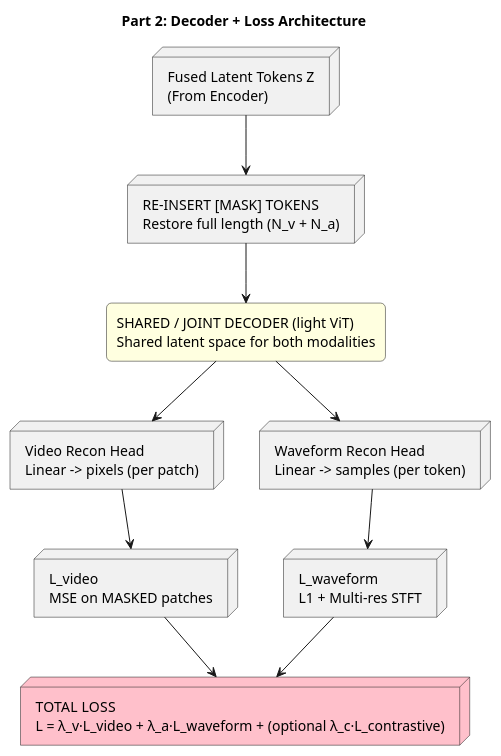
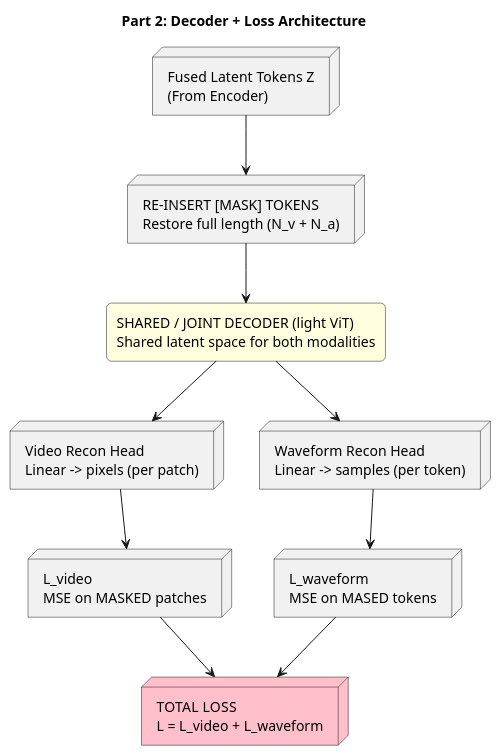
Before and after one commit to LeqiaoP1/MA-project-KISMED: the second of 2 diagrams in code/notes/design/SolutionC_EarlyTokenMixing_stage2.md, drawn with PlantUML. The commit also changed other lines of this file, not shown here.

Commit message:
Update loss function descriptions and mask percentages in stage-2 architecture

````diff
--- a/code/notes/design/SolutionC_EarlyTokenMixing_stage2.md
+++ b/code/notes/design/SolutionC_EarlyTokenMixing_stage2.md
@@ -50,34 +50,34 @@
 ```plantuml
 @startuml
 skinparam RoundCorner 10
 skinparam ComponentStyle rectangle
 
 title Part 2: Decoder + Loss Architecture
 
 node "Fused Latent Tokens Z\n(From Encoder)" as LATENT
 node "RE-INSERT [MASK] TOKENS\nRestore full length (N_v + N_a)" as REINSERT
 
 LATENT --> REINSERT
 
 rectangle "SHARED / JOINT DECODER (light ViT)\nShared latent space for both modalities" as DECODER #LightYellow
 REINSERT --> DECODER
 
 node "Video Recon Head\nLinear -> pixels (per patch)" as V_HEAD
 node "Waveform Recon Head\nLinear -> samples (per token)" as A_HEAD
 
 DECODER --> V_HEAD
 DECODER --> A_HEAD
 
 node "L_video\nMSE on MASKED patches" as V_LOSS
-node "L_waveform\nL1 + Multi-res STFT" as A_LOSS
+node "L_waveform\nMSE on MASED tokens" as A_LOSS
 
 V_HEAD --> V_LOSS
 A_HEAD --> A_LOSS
 
-node "TOTAL LOSS\nL = λ_v·L_video + λ_a·L_waveform + (optional λ_c·L_contrastive)" as TOTAL_LOSS #Pink
+node "TOTAL LOSS\nL = L_video + L_waveform" as TOTAL_LOSS #Pink
 
 V_LOSS --> TOTAL_LOSS
 A_LOSS --> TOTAL_LOSS
 
 @enduml
 ```
````
